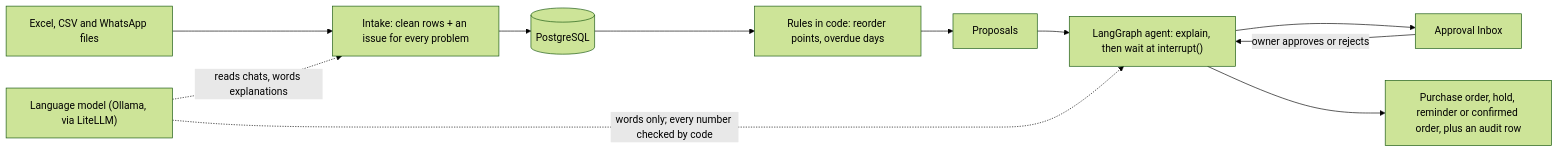
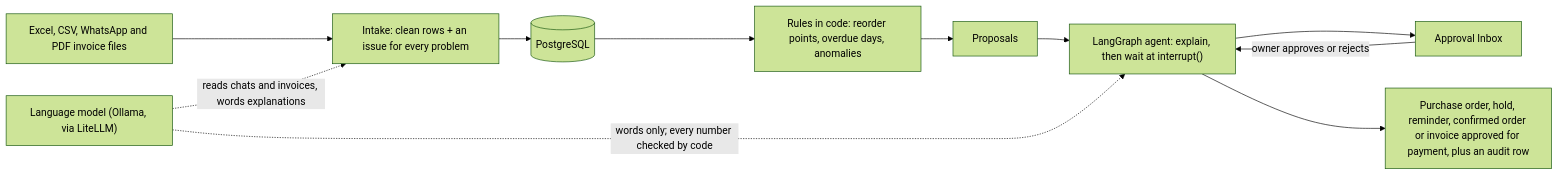
Before and after one commit to Shubham261299/opspilot: the diagram in README.md, drawn with Mermaid (forest theme). The commit also changed other lines of this file and 4 other files, not shown here.

````diff
--- a/README.md
+++ b/README.md
@@ -94,13 +115,13 @@
 ```mermaid
 flowchart LR
-    files["Excel, CSV and WhatsApp files"] --> intake["Intake: clean rows + an issue for every problem"]
+    files["Excel, CSV, WhatsApp and PDF invoice files"] --> intake["Intake: clean rows + an issue for every problem"]
     intake --> db[(PostgreSQL)]
-    llm["Language model (Ollama, via LiteLLM)"] -. "reads chats, words explanations" .-> intake
-    db --> rules["Rules in code: reorder points, overdue days"]
+    llm["Language model (Ollama, via LiteLLM)"] -. "reads chats and invoices, words explanations" .-> intake
+    db --> rules["Rules in code: reorder points, overdue days, anomalies"]
     rules --> proposals["Proposals"]
     proposals --> agent["LangGraph agent: explain, then wait at interrupt()"]
     llm -. "words only; every number checked by code" .-> agent
     agent --> inbox["Approval Inbox"]
     inbox -- "owner approves or rejects" --> agent
-    agent --> effect["Purchase order, hold, reminder or confirmed order, plus an audit row"]
+    agent --> effect["Purchase order, hold, reminder, confirmed order or invoice approved for payment, plus an audit row"]
 ```
````
